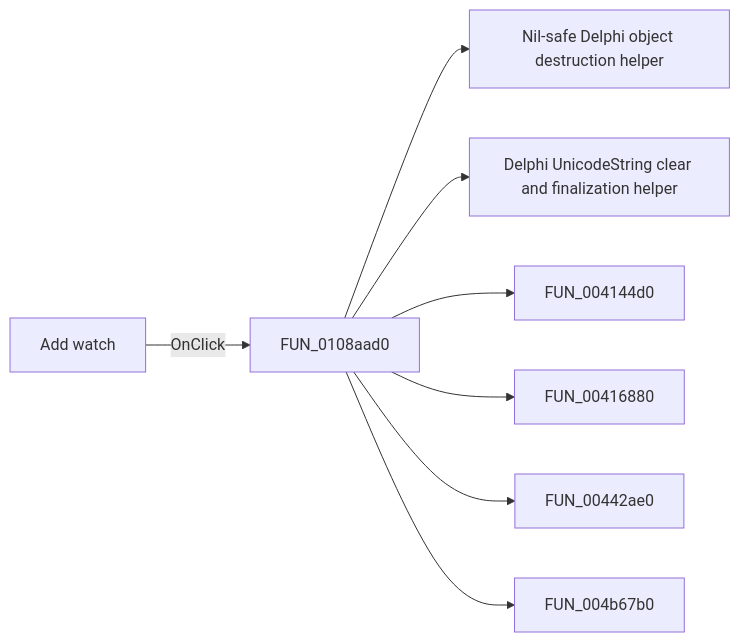
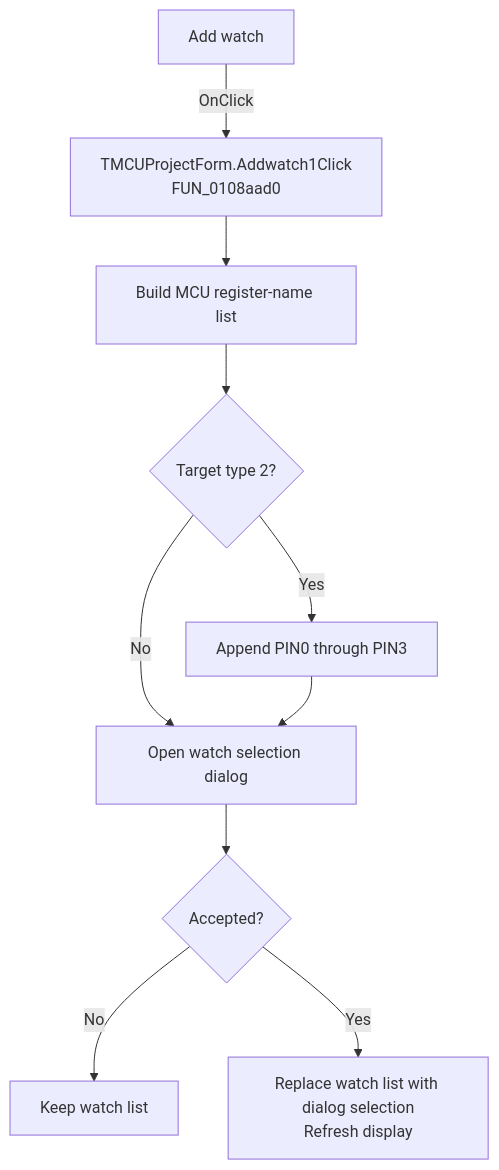
Before and after one commit to MovGP0/TIARA: the diagram in docs/ui-controls/mcuprojectform/addwatch1-345cab971a.md, drawn with Mermaid. The commit also changed other lines of this file and 1062 other files, not shown here.

````diff
--- a/docs/ui-controls/mcuprojectform/addwatch1-345cab971a.md
+++ b/docs/ui-controls/mcuprojectform/addwatch1-345cab971a.md
@@ -27,10 +27,12 @@
 ```mermaid
-flowchart LR
-    control["Add watch"] -->|OnClick| handler["FUN_0108aad0"]
-    handler --> call1["Nil-safe Delphi object destruction helper"]
-    handler --> call2["Delphi UnicodeString clear and finalization helper"]
-    handler --> call3["FUN_004144d0"]
-    handler --> call4["FUN_00416880"]
-    handler --> call5["FUN_00442ae0"]
-    handler --> call6["FUN_004b67b0"]
+flowchart TD
+    control["Add watch"] -->|OnClick| handler["TMCUProjectForm.Addwatch1Click<br/>FUN_0108aad0"]
+    handler --> registers["Build MCU register-name list"]
+    registers --> target{"Target type 2?"}
+    target -->|Yes| pins["Append PIN0 through PIN3"]
+    target -->|No| dialog["Open watch selection dialog"]
+    pins --> dialog
+    dialog --> accepted{"Accepted?"}
+    accepted -->|No| noOp["Keep watch list"]
+    accepted -->|Yes| replace["Replace watch list with dialog selection<br/>Refresh display"]
 ```
````
